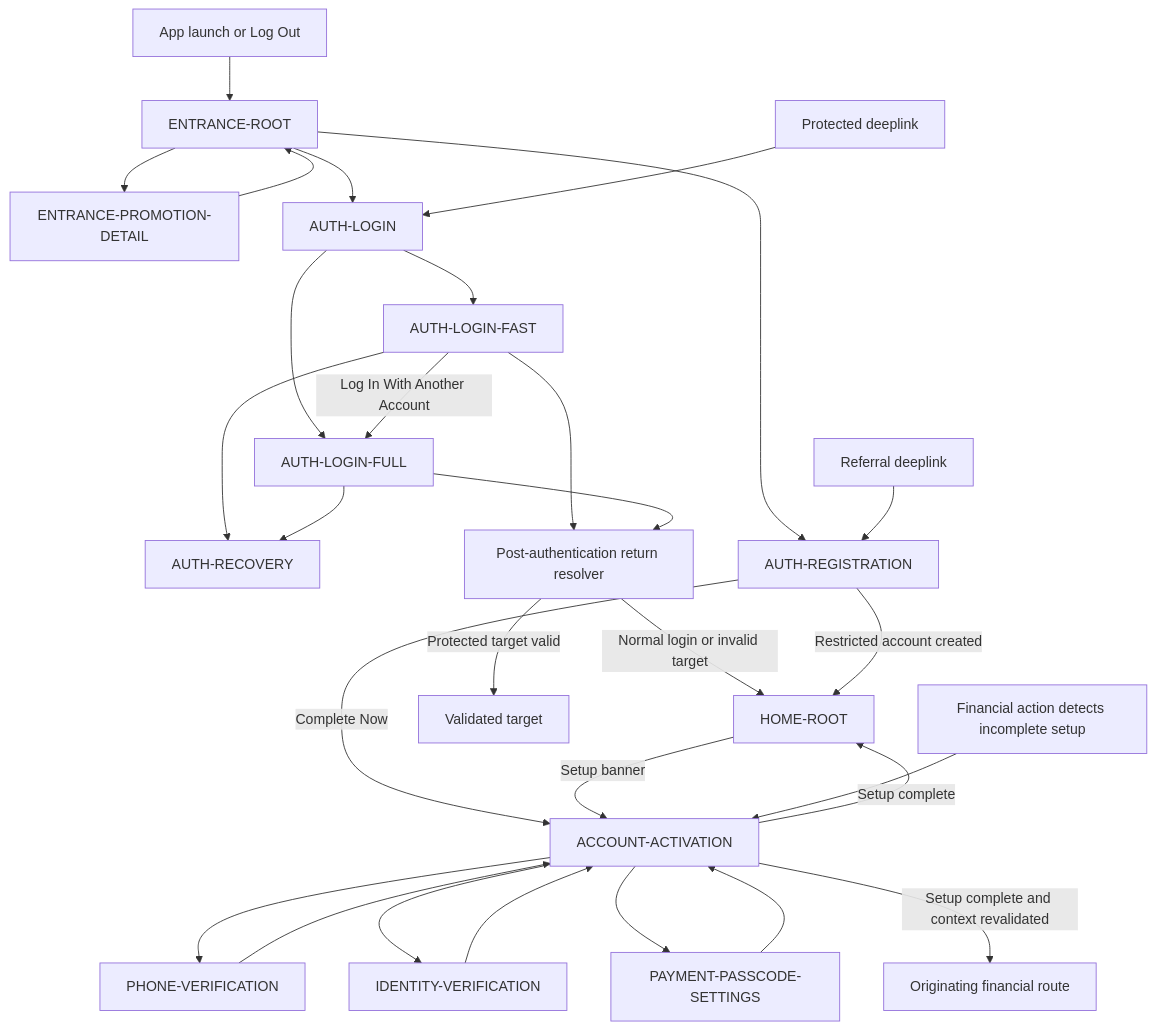
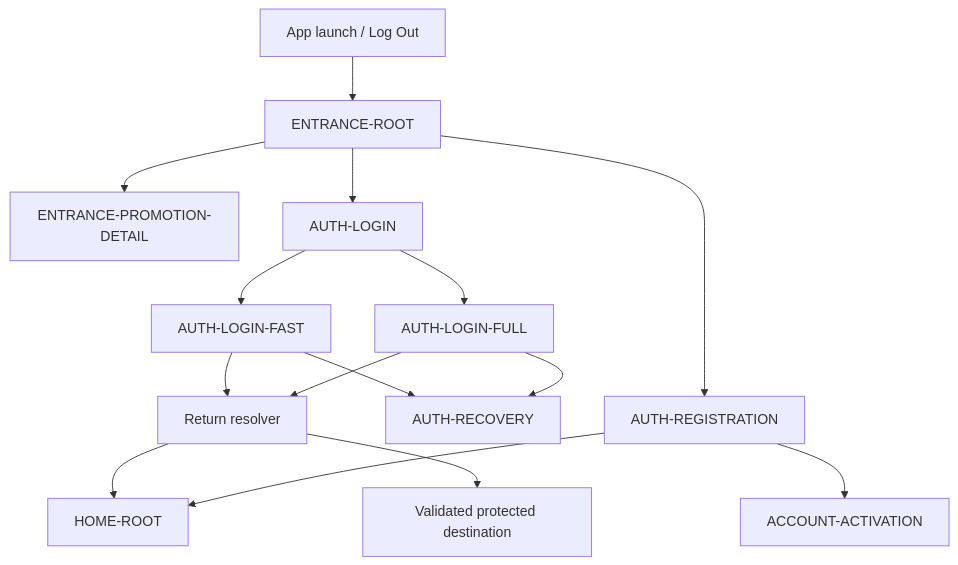
Before and after one commit to adminpayplus/payplus-docs: the diagram in docs/diagrams/routes/payplus-authentication-route-map.md, drawn with Mermaid. The commit also changed other lines of this file and 5 other files, not shown here.

Commit message:
Clarify authentication route hierarchy

````diff
--- a/docs/diagrams/routes/payplus-authentication-route-map.md
+++ b/docs/diagrams/routes/payplus-authentication-route-map.md
@@ -9,35 +9,21 @@
 ```mermaid
 flowchart TD
-  LAUNCH["App launch or Log Out"] --> ENTRANCE["ENTRANCE-ROOT"]
+  LAUNCH["App launch / Log Out"] --> ENTRANCE["ENTRANCE-ROOT"]
+
   ENTRANCE --> PROMOTION["ENTRANCE-PROMOTION-DETAIL"]
-  PROMOTION --> ENTRANCE
+  ENTRANCE --> LOGIN["AUTH-LOGIN"]
+  ENTRANCE --> REGISTRATION["AUTH-REGISTRATION"]
 
-  ENTRANCE --> LOGIN["AUTH-LOGIN"]
   LOGIN --> FAST["AUTH-LOGIN-FAST"]
   LOGIN --> FULL["AUTH-LOGIN-FULL"]
   FAST --> RECOVERY["AUTH-RECOVERY"]
   FULL --> RECOVERY
-  FAST -->|"Log In With Another Account"| FULL
-  FAST --> RETURN["Post-authentication return resolver"]
+
+  FAST --> RETURN["Return resolver"]
   FULL --> RETURN
-  RETURN -->|"Normal login or invalid target"| HOME["HOME-ROOT"]
-  RETURN -->|"Protected target valid"| TARGET["Validated target"]
+  RETURN --> HOME["HOME-ROOT"]
+  RETURN --> TARGET["Validated protected destination"]
 
-  ENTRANCE --> REGISTRATION["AUTH-REGISTRATION"]
-  REGISTRATION -->|"Restricted account created"| HOME
-  REGISTRATION -->|"Complete Now"| ACTIVATION["ACCOUNT-ACTIVATION"]
-
-  HOME -->|"Setup banner"| ACTIVATION
-  FINANCIAL["Financial action detects incomplete setup"] --> ACTIVATION
-  ACTIVATION --> PHONE["PHONE-VERIFICATION"]
-  ACTIVATION --> IDENTITY["IDENTITY-VERIFICATION"]
-  ACTIVATION --> PASSCODE["PAYMENT-PASSCODE-SETTINGS"]
-  PHONE --> ACTIVATION
-  IDENTITY --> ACTIVATION
-  PASSCODE --> ACTIVATION
-  ACTIVATION -->|"Setup complete"| HOME
-  ACTIVATION -->|"Setup complete and context revalidated"| ORIGIN["Originating financial route"]
-
-  DEEPLINK["Protected deeplink"] --> LOGIN
-  REFERRAL["Referral deeplink"] --> REGISTRATION
+  REGISTRATION --> HOME
+  REGISTRATION --> ACTIVATION["ACCOUNT-ACTIVATION"]
 ```
````
